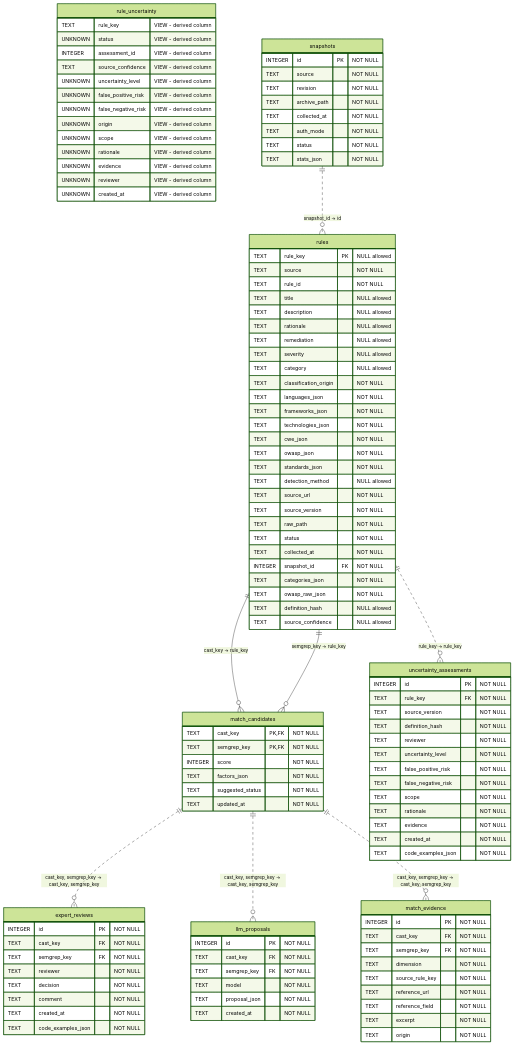
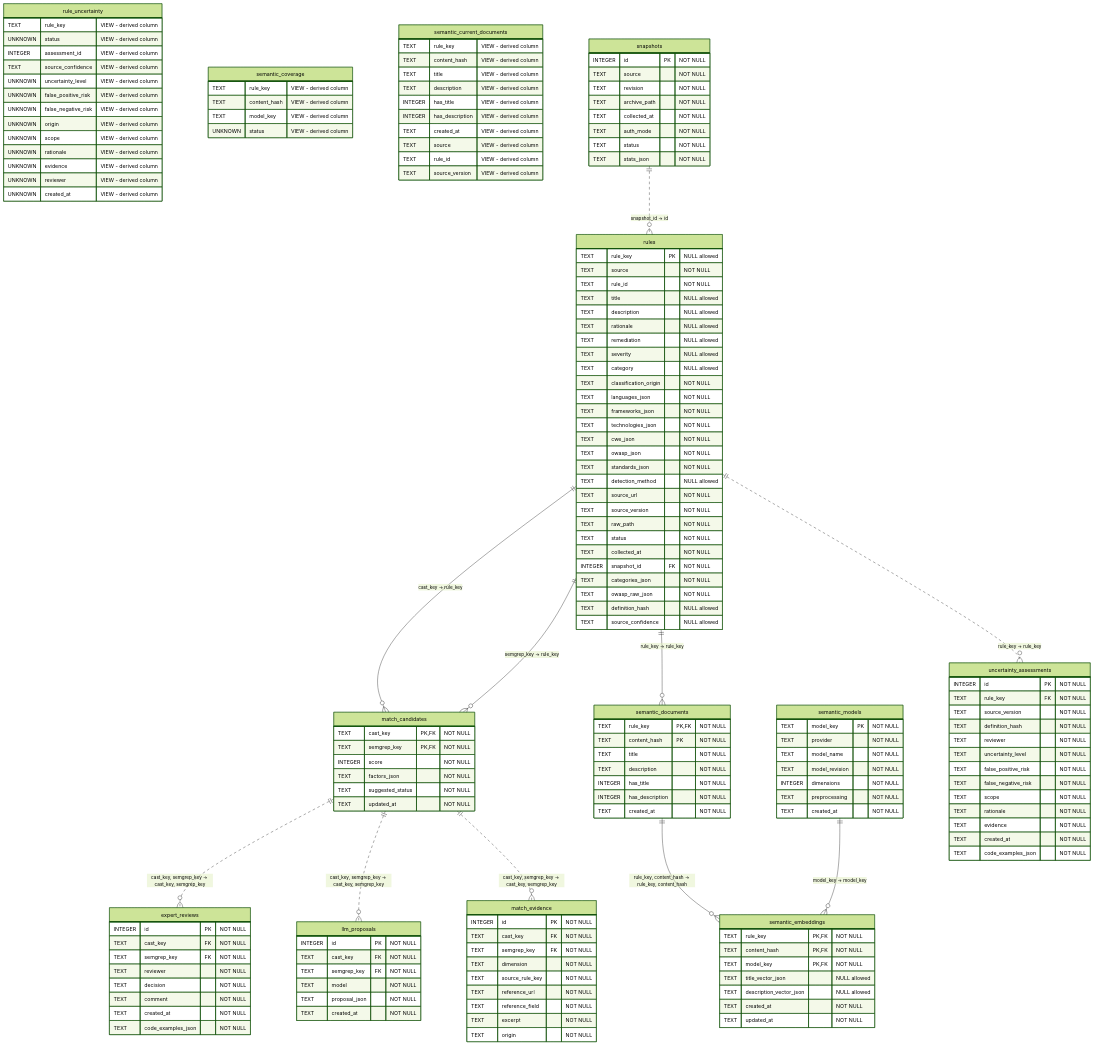
Before and after one commit to pessonnier/reglessemgrep: the diagram in docs/database-schema.mmd, drawn with Mermaid (forest theme). The commit also changed 13 other files, not shown here.

Commit message:
Add versioned multi-model semantic vector storage and API

```diff
--- a/docs/database-schema.mmd
+++ b/docs/database-schema.mmd
@@ -1,124 +1,177 @@
 erDiagram
-    %% SQLite schema version 5
+    %% SQLite schema version 6
     %% Generated from metadata only; no records or inferred view dependencies.
     %% table: expert_reviews
     expert_reviews {
         INTEGER id PK "NOT NULL"
         TEXT cast_key FK "NOT NULL"
         TEXT semgrep_key FK "NOT NULL"
         TEXT reviewer "NOT NULL"
         TEXT decision "NOT NULL"
         TEXT comment "NOT NULL"
         TEXT created_at "NOT NULL"
         TEXT code_examples_json "NOT NULL"
     }
     %% table: llm_proposals
     llm_proposals {
         INTEGER id PK "NOT NULL"
         TEXT cast_key FK "NOT NULL"
         TEXT semgrep_key FK "NOT NULL"
         TEXT model "NOT NULL"
         TEXT proposal_json "NOT NULL"
         TEXT created_at "NOT NULL"
     }
     %% table: match_candidates
     match_candidates {
         TEXT cast_key PK, FK "NOT NULL"
         TEXT semgrep_key PK, FK "NOT NULL"
         INTEGER score "NOT NULL"
         TEXT factors_json "NOT NULL"
         TEXT suggested_status "NOT NULL"
         TEXT updated_at "NOT NULL"
     }
     %% table: match_evidence
     match_evidence {
         INTEGER id PK "NOT NULL"
         TEXT cast_key FK "NOT NULL"
         TEXT semgrep_key FK "NOT NULL"
         TEXT dimension "NOT NULL"
         TEXT source_rule_key "NOT NULL"
         TEXT reference_url "NOT NULL"
         TEXT reference_field "NOT NULL"
         TEXT excerpt "NOT NULL"
         TEXT origin "NOT NULL"
     }
     %% view: rule_uncertainty
     rule_uncertainty {
         TEXT rule_key "VIEW - derived column"
         UNKNOWN status "VIEW - derived column"
         INTEGER assessment_id "VIEW - derived column"
         TEXT source_confidence "VIEW - derived column"
         UNKNOWN uncertainty_level "VIEW - derived column"
         UNKNOWN false_positive_risk "VIEW - derived column"
         UNKNOWN false_negative_risk "VIEW - derived column"
         UNKNOWN origin "VIEW - derived column"
         UNKNOWN scope "VIEW - derived column"
         UNKNOWN rationale "VIEW - derived column"
         UNKNOWN evidence "VIEW - derived column"
         UNKNOWN reviewer "VIEW - derived column"
         UNKNOWN created_at "VIEW - derived column"
     }
     %% table: rules
     rules {
         TEXT rule_key PK "NULL allowed"
         TEXT source "NOT NULL"
         TEXT rule_id "NOT NULL"
         TEXT title "NULL allowed"
         TEXT description "NULL allowed"
         TEXT rationale "NULL allowed"
         TEXT remediation "NULL allowed"
         TEXT severity "NULL allowed"
         TEXT category "NULL allowed"
         TEXT classification_origin "NOT NULL"
         TEXT languages_json "NOT NULL"
         TEXT frameworks_json "NOT NULL"
         TEXT technologies_json "NOT NULL"
         TEXT cwe_json "NOT NULL"
         TEXT owasp_json "NOT NULL"
         TEXT standards_json "NOT NULL"
         TEXT detection_method "NULL allowed"
         TEXT source_url "NOT NULL"
         TEXT source_version "NOT NULL"
         TEXT raw_path "NOT NULL"
         TEXT status "NOT NULL"
         TEXT collected_at "NOT NULL"
         INTEGER snapshot_id FK "NOT NULL"
         TEXT categories_json "NOT NULL"
         TEXT owasp_raw_json "NOT NULL"
         TEXT definition_hash "NULL allowed"
         TEXT source_confidence "NULL allowed"
     }
+    %% view: semantic_coverage
+    semantic_coverage {
+        TEXT rule_key "VIEW - derived column"
+        TEXT content_hash "VIEW - derived column"
+        TEXT model_key "VIEW - derived column"
+        UNKNOWN status "VIEW - derived column"
+    }
+    %% view: semantic_current_documents
+    semantic_current_documents {
+        TEXT rule_key "VIEW - derived column"
+        TEXT content_hash "VIEW - derived column"
+        TEXT title "VIEW - derived column"
+        TEXT description "VIEW - derived column"
+        INTEGER has_title "VIEW - derived column"
+        INTEGER has_description "VIEW - derived column"
+        TEXT created_at "VIEW - derived column"
+        TEXT source "VIEW - derived column"
+        TEXT rule_id "VIEW - derived column"
+        TEXT source_version "VIEW - derived column"
+    }
+    %% table: semantic_documents
+    semantic_documents {
+        TEXT rule_key PK, FK "NOT NULL"
+        TEXT content_hash PK "NOT NULL"
+        TEXT title "NOT NULL"
+        TEXT description "NOT NULL"
+        INTEGER has_title "NOT NULL"
+        INTEGER has_description "NOT NULL"
+        TEXT created_at "NOT NULL"
+    }
+    %% table: semantic_embeddings
+    semantic_embeddings {
+        TEXT rule_key PK, FK "NOT NULL"
+        TEXT content_hash PK, FK "NOT NULL"
+        TEXT model_key PK, FK "NOT NULL"
+        TEXT title_vector_json "NULL allowed"
+        TEXT description_vector_json "NULL allowed"
+        TEXT created_at "NOT NULL"
+        TEXT updated_at "NOT NULL"
+    }
+    %% table: semantic_models
+    semantic_models {
+        TEXT model_key PK "NOT NULL"
+        TEXT provider "NOT NULL"
+        TEXT model_name "NOT NULL"
+        TEXT model_revision "NOT NULL"
+        INTEGER dimensions "NOT NULL"
+        TEXT preprocessing "NOT NULL"
+        TEXT created_at "NOT NULL"
+    }
     %% table: snapshots
     snapshots {
         INTEGER id PK "NOT NULL"
         TEXT source "NOT NULL"
         TEXT revision "NOT NULL"
         TEXT archive_path "NOT NULL"
         TEXT collected_at "NOT NULL"
         TEXT auth_mode "NOT NULL"
         TEXT status "NOT NULL"
         TEXT stats_json "NOT NULL"
     }
     %% table: uncertainty_assessments
     uncertainty_assessments {
         INTEGER id PK "NOT NULL"
         TEXT rule_key FK "NOT NULL"
         TEXT source_version "NOT NULL"
         TEXT definition_hash "NOT NULL"
         TEXT reviewer "NOT NULL"
         TEXT uncertainty_level "NOT NULL"
         TEXT false_positive_risk "NOT NULL"
         TEXT false_negative_risk "NOT NULL"
         TEXT scope "NOT NULL"
         TEXT rationale "NOT NULL"
         TEXT evidence "NOT NULL"
         TEXT created_at "NOT NULL"
         TEXT code_examples_json "NOT NULL"
     }
     match_candidates ||..o{ expert_reviews : "cast_key, semgrep_key → cast_key, semgrep_key"
     match_candidates ||..o{ llm_proposals : "cast_key, semgrep_key → cast_key, semgrep_key"
     match_candidates ||..o{ match_evidence : "cast_key, semgrep_key → cast_key, semgrep_key"
     rules ||--o{ match_candidates : "cast_key → rule_key"
     rules ||--o{ match_candidates : "semgrep_key → rule_key"
+    rules ||--o{ semantic_documents : "rule_key → rule_key"
     rules ||..o{ uncertainty_assessments : "rule_key → rule_key"
+    semantic_documents ||--o{ semantic_embeddings : "rule_key, content_hash → rule_key, content_hash"
+    semantic_models ||--o{ semantic_embeddings : "model_key → model_key"
     snapshots ||..o{ rules : "snapshot_id → id"
```
